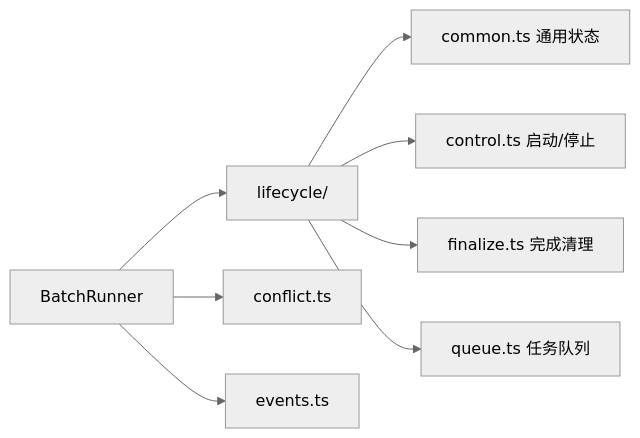
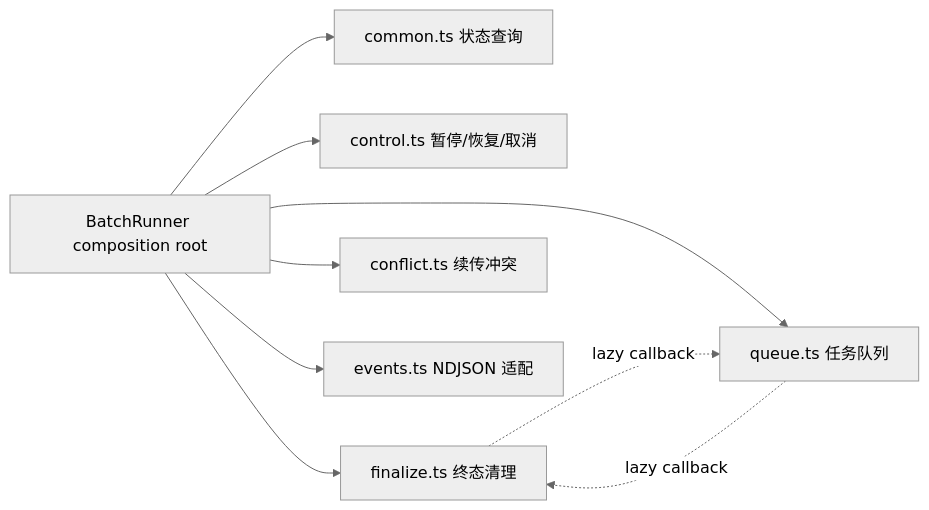
The third of 4 diagrams in docs/02-frontend-architecture.md (youge325/vp), drawn with Mermaid (neutral theme) before and after one commit. The commit also changed other lines of this file and 16 other files, not shown here.

````diff
--- a/docs/02-frontend-architecture.md
+++ b/docs/02-frontend-architecture.md
@@ -188,11 +188,11 @@
 ```mermaid
 graph LR
-    A[BatchRunner] --> B[lifecycle/]
-    A --> C[conflict.ts]
-    A --> D[events.ts]
-
-    B --> B1[common.ts 通用状态]
-    B --> B2[control.ts 启动/停止]
-    B --> B3[finalize.ts 完成清理]
-    B --> B4[queue.ts 任务队列]
+    A[BatchRunner composition root] --> B1[common.ts 状态查询]
+    A --> B2[control.ts 暂停/恢复/取消]
+    A --> B3[finalize.ts 终态清理]
+    A --> B4[queue.ts 任务队列]
+    A --> C[conflict.ts 续传冲突]
+    A --> D[events.ts NDJSON 适配]
+    B3 -. lazy callback .-> B4
+    B4 -. lazy callback .-> B3
 ```
````
